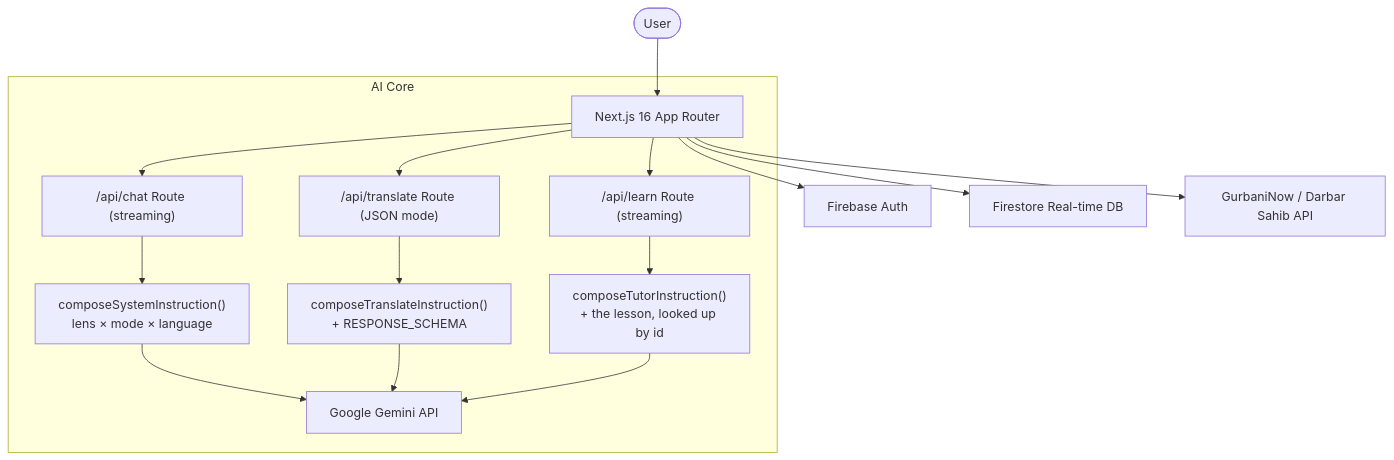
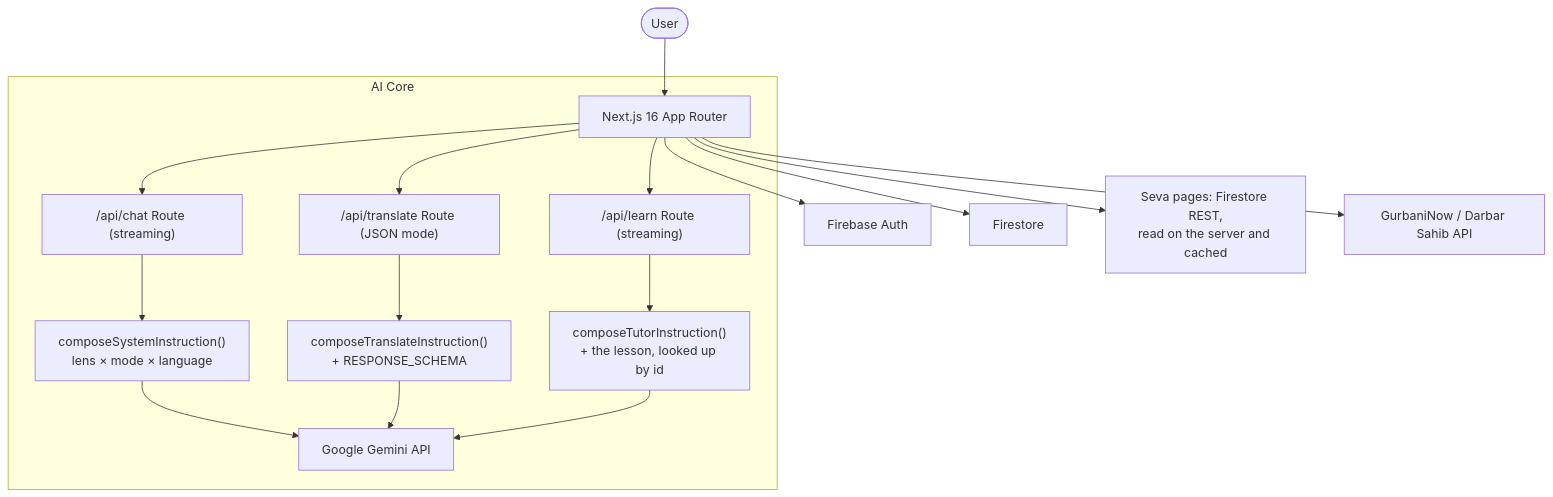
Before and after one commit to rohan1234usa/sikh-ai: the diagram in README.md, drawn with Mermaid. The commit also changed other lines of this file and 135 other files, not shown here.

````diff
--- a/README.md
+++ b/README.md
@@ -38,19 +38,20 @@
 ```mermaid
 graph TD
     User([User]) --> Next[Next.js 16 App Router]
     Next --> Auth[Firebase Auth]
-    Next --> DB[Firestore Real-time DB]
+    Next --> DB[Firestore]
+    Next --> SevaPages["Seva pages: Firestore REST,<br/>read on the server and cached"]
     Next --> Hukam[GurbaniNow / Darbar Sahib API]
 
     subgraph "AI Core"
     Next --> Route["/api/chat Route (streaming)"]
     Route --> Compose["composeSystemInstruction()<br/>lens × mode × language"]
     Next --> TRoute["/api/translate Route (JSON mode)"]
     TRoute --> TCompose["composeTranslateInstruction()<br/>+ RESPONSE_SCHEMA"]
     Next --> LRoute["/api/learn Route (streaming)"]
     LRoute --> LCompose["composeTutorInstruction()<br/>+ the lesson, looked up by id"]
     Compose --> Gemini[Google Gemini API]
     TCompose --> Gemini
     LCompose --> Gemini
     end
 ```
````
